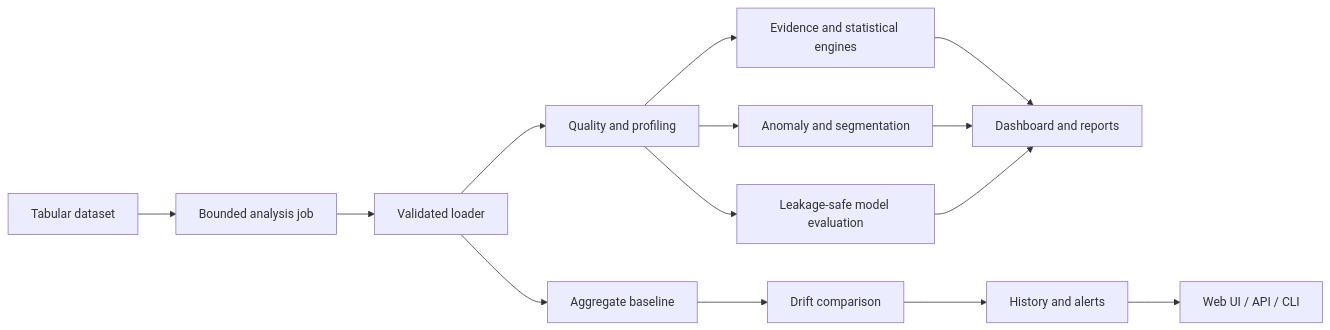
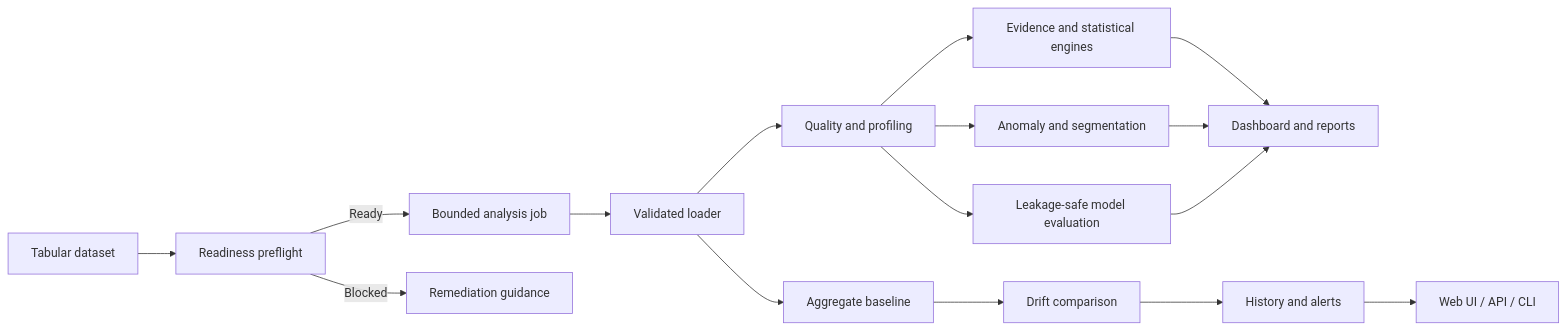
One commit to NikitaMarshchonok/data-prism changed the diagram in README.md. Above: the diagram before and after it, drawn with Mermaid. The commit also changed other lines of this file and 16 other files, not shown here.

Commit message:
feat: add dataset readiness and decision briefs

````diff
--- a/README.md
+++ b/README.md
@@ -31,16 +33,18 @@
 ```mermaid
 flowchart LR
-    A[Tabular dataset] --> Q[Bounded analysis job]
+    A[Tabular dataset] --> P[Readiness preflight]
+    P -->|Ready| Q[Bounded analysis job]
+    P -->|Blocked| X[Remediation guidance]
     Q --> B[Validated loader]
     B --> C[Quality and profiling]
     C --> D[Evidence and statistical engines]
     C --> E[Anomaly and segmentation]
     C --> F[Leakage-safe model evaluation]
     D --> G[Dashboard and reports]
     E --> G
     F --> G
     B --> H[Aggregate baseline]
     H --> I[Drift comparison]
     I --> J[History and alerts]
     J --> K[Web UI / API / CLI]
 ```
````
